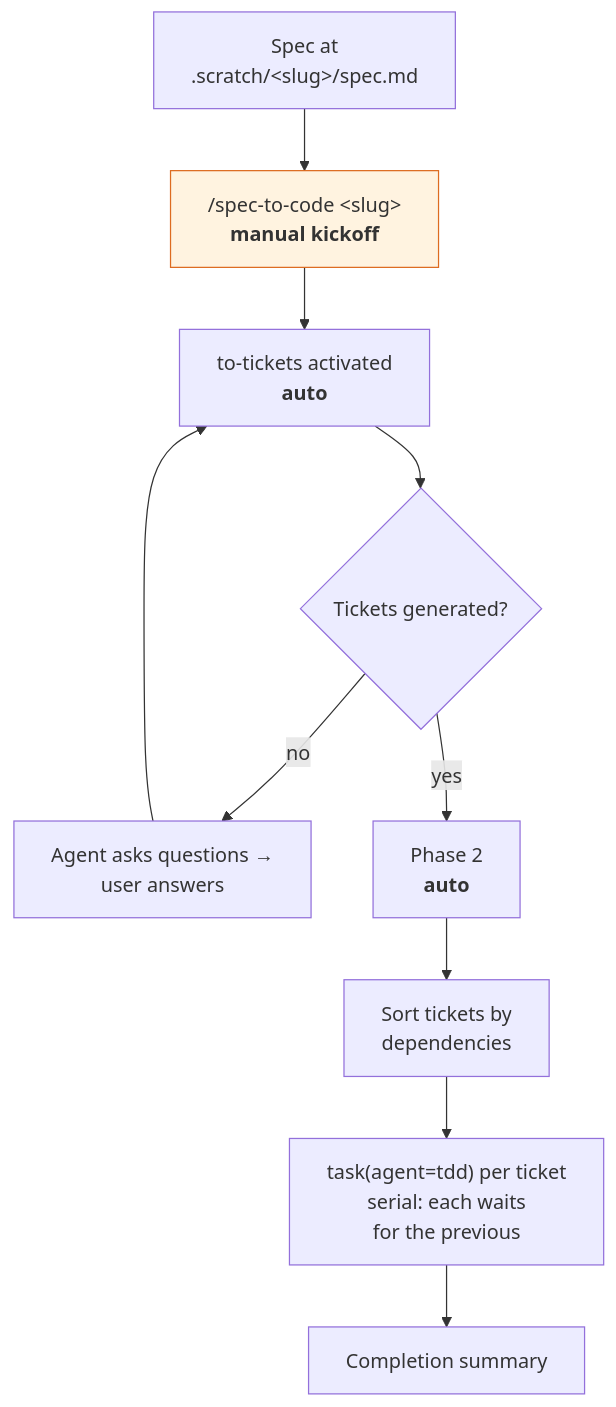
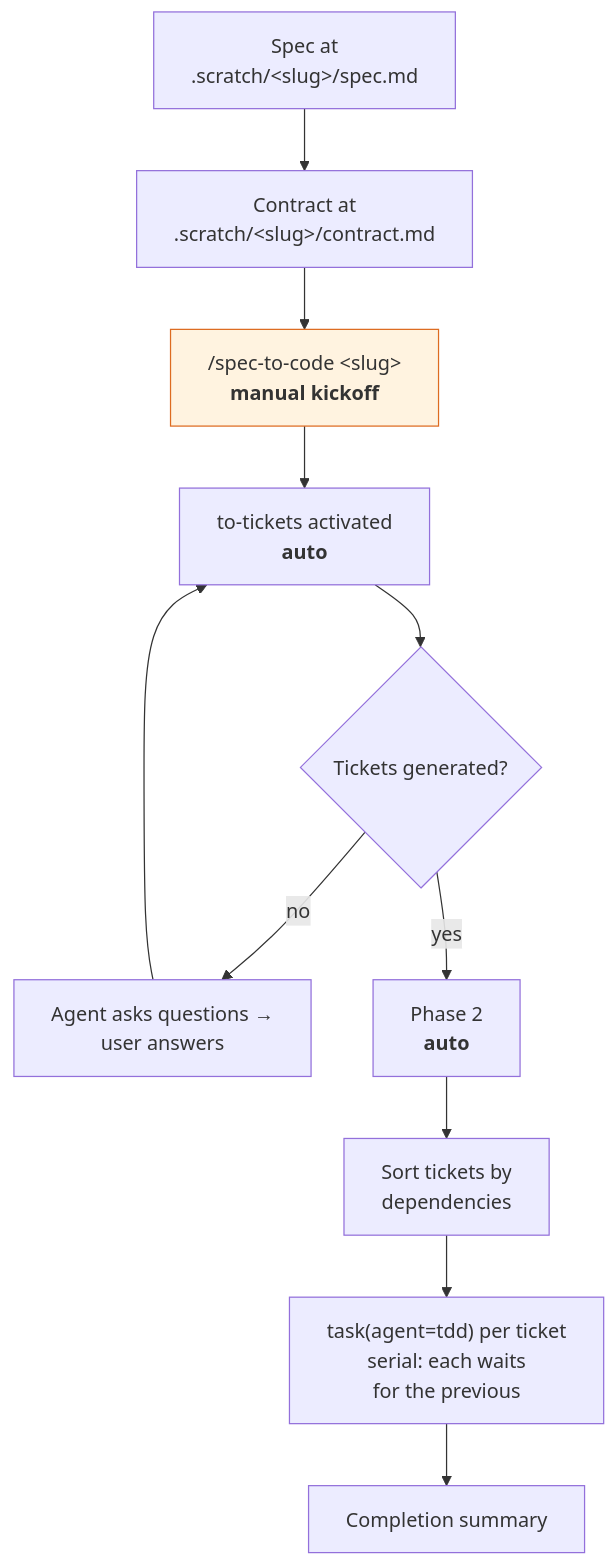
Before and after one commit to hugosol/oh-my-wayfinder: the second of 2 diagrams in README.md, drawn with Mermaid. The commit also changed other lines of this file and 9 other files, not shown here.

````diff
--- a/README.md
+++ b/README.md
@@ -96,13 +100,14 @@
 ```mermaid
 flowchart TD
-    P["Spec at<br/>.scratch/&lt;slug&gt;/spec.md"] --> C["/spec-to-code &lt;slug&gt;<br/><b>manual kickoff</b>"]
+    P["Spec at<br/>.scratch/&lt;slug&gt;/spec.md"] --> CT["Contract at<br/>.scratch/&lt;slug&gt;/contract.md"]
+    CT --> C["/spec-to-code &lt;slug&gt;<br/><b>manual kickoff</b>"]
     C --> A["to-tickets activated<br/><b>auto</b>"]
     A --> Q{"Tickets generated?"}
     Q -->|"no"| QA["Agent asks questions →<br/>user answers"] --> A
     Q -->|"yes"| P2["Phase 2<br/><b>auto</b>"]
     P2 --> ORD["Sort tickets by<br/>dependencies"]
     ORD --> TD["task(agent=tdd) per ticket<br/>serial: each waits<br/>for the previous"]
     TD --> DONE["Completion summary"]
 
     style C fill:#fff3e0,stroke:#dd6b20
 ```
````
